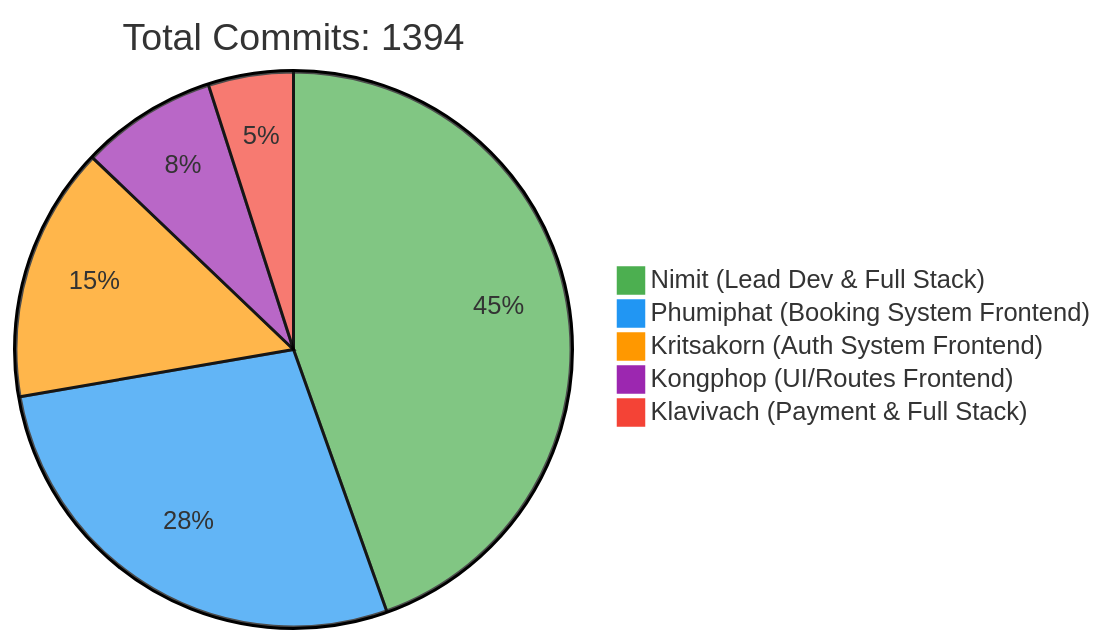
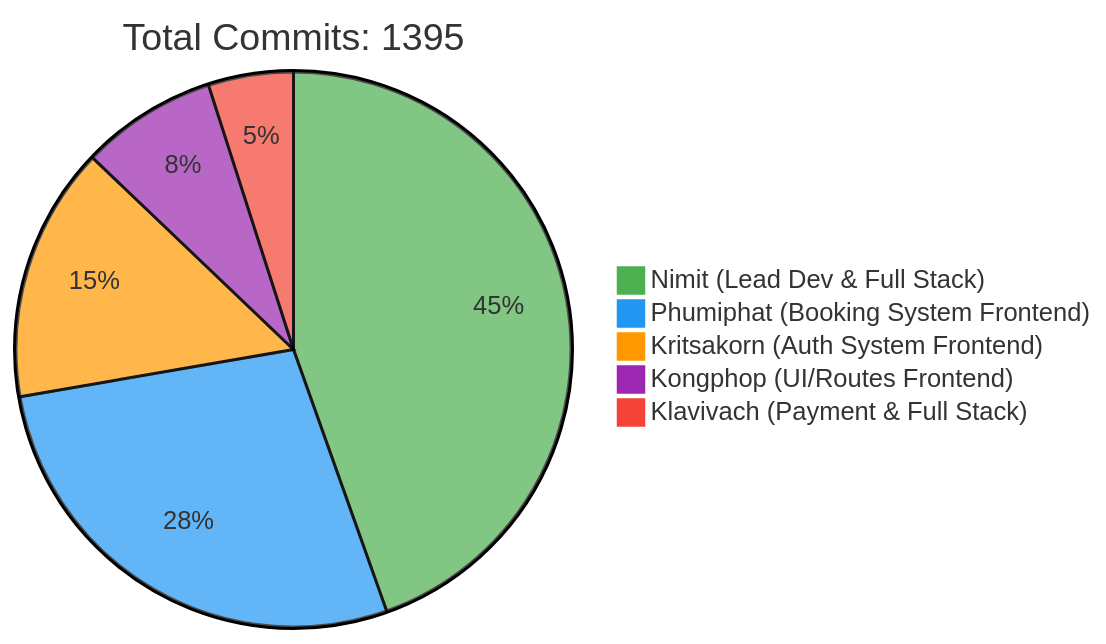
The first of 2 diagrams in README.md (6531503042/Sport-Complex), drawn with Mermaid before and after one commit. The commit also changed other lines of this file, not shown here.

Commit message:
docs: Update contributor statistics [skip ci]

````diff
--- a/README.md
+++ b/README.md
@@ -257,10 +257,10 @@
 ```mermaid
 %%{init: {'theme': 'base', 'themeVariables': { 'pie1': '#4CAF50', 'pie2': '#2196F3', 'pie3': '#FF9800', 'pie4': '#9C27B0', 'pie5': '#F44336'}}}%%
 pie
-    title Total Commits: 1394
+    title Total Commits: 1395
     "Nimit (Lead Dev & Full Stack)" : 450
     "Phumiphat (Booking System Frontend)" : 280
     "Kritsakorn (Auth System Frontend)" : 150
     "Kongphop (UI/Routes Frontend)" : 80
     "Klavivach (Payment & Full Stack)" : 50
 ```
````
